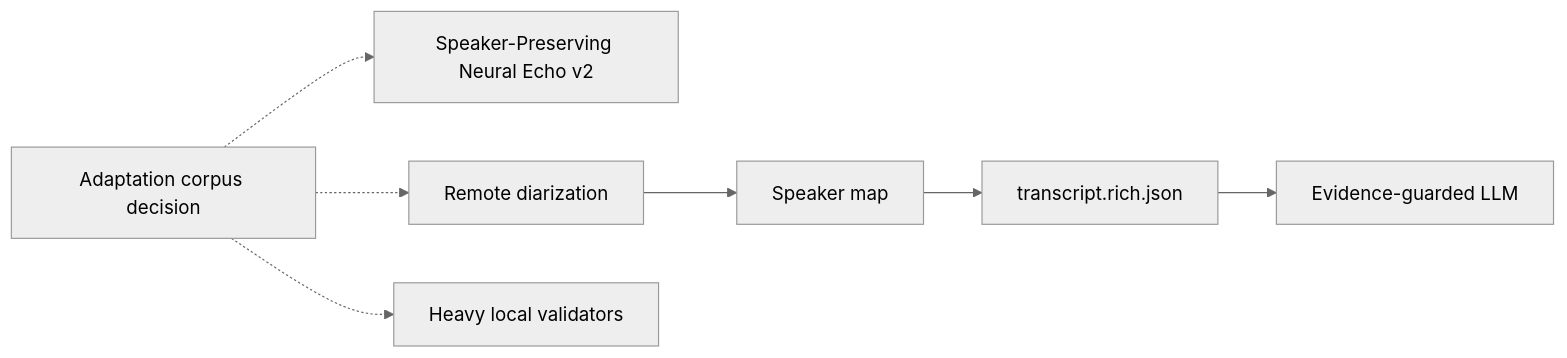
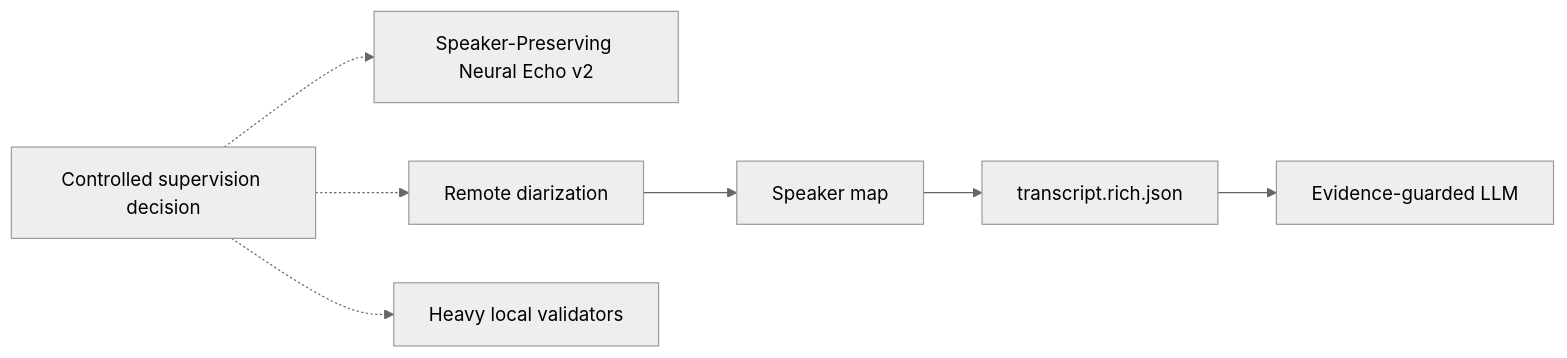
Before and after one commit to asukhodko/murmurmark: the third of 4 diagrams in docs/roadmap/murmurmark-cli-roadmap.md, drawn with Mermaid (neutral theme). The commit also changed other lines of this file and 19 other files, not shown here.

Commit message:
feat: add controlled echo supervision lab

````diff
--- a/docs/roadmap/murmurmark-cli-roadmap.md
+++ b/docs/roadmap/murmurmark-cli-roadmap.md
@@ -178,14 +188,14 @@
 ```mermaid
 flowchart LR
-    Q["Adaptation corpus decision"]
+    Q["Controlled supervision decision"]
     E["Speaker-Preserving Neural Echo v2"]
     D["Remote diarization"]
     S["Speaker map"]
     T["transcript.rich.json"]
     V["Heavy local validators"]
     L["Evidence-guarded LLM"]
 
     Q -.-> E
     Q -.-> D --> S --> T --> L
     Q -.-> V
 ```
````
